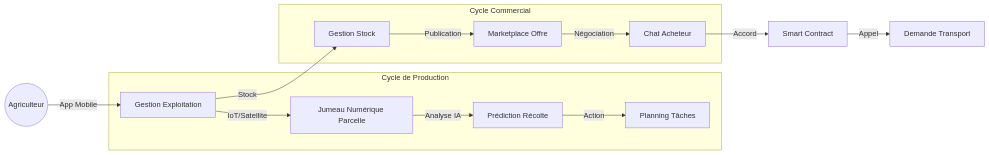
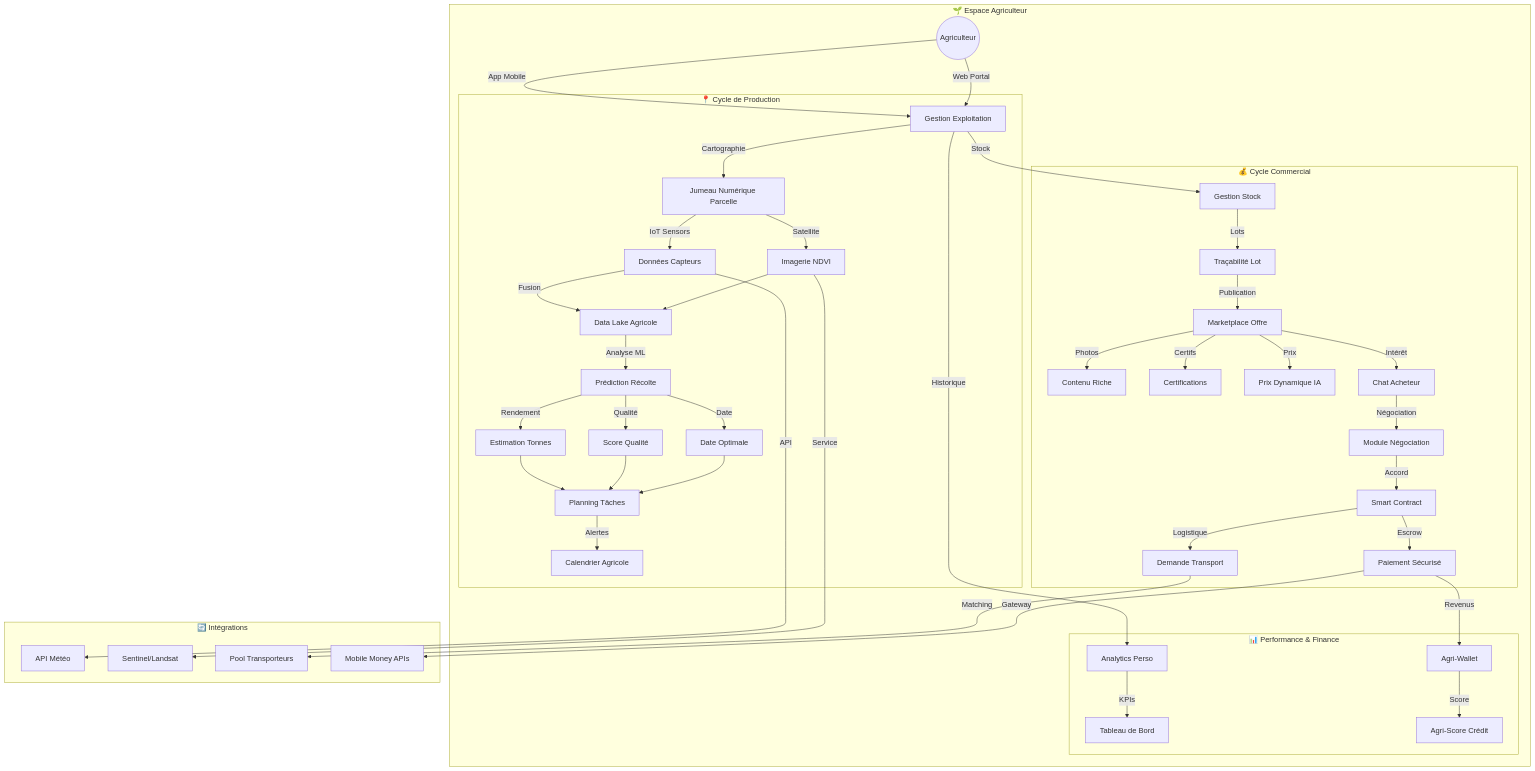
Before and after one commit to Archimed-Anderson/AgriLogistic: the third of 7 diagrams in README.md, drawn with Mermaid. The commit also changed other lines of this file and 14 other files, not shown here.

````diff
--- a/README.md
+++ b/README.md
@@ -73,19 +332,58 @@
 ```mermaid
-graph LR
-    Farmer((Agriculteur)) -->|App Mobile| Farm[Gestion Exploitation]
-    
-    subgraph "Cycle de Production"
-        Farm -->|IoT/Satellite| DigitalTwin[Jumeau Numérique Parcelle]
-        DigitalTwin -->|Analyse IA| Prediction[Prédiction Récolte]
-        Prediction -->|Action| Task[Planning Tâches]
+graph TD
+    subgraph "🌱 Espace Agriculteur"
+        Farmer((Agriculteur)) -->|App Mobile| Farm[Gestion Exploitation]
+        Farmer -->|Web Portal| Farm
+
+        subgraph "📍 Cycle de Production"
+            Farm -->|Cartographie| DigitalTwin[Jumeau Numérique Parcelle]
+            DigitalTwin -->|IoT Sensors| IoTData[Données Capteurs]
+            DigitalTwin -->|Satellite| Imagery[Imagerie NDVI]
+
+            IoTData -->|Fusion| DataFusion[Data Lake Agricole]
+            Imagery --> DataFusion
+
+            DataFusion -->|Analyse ML| Prediction[Prédiction Récolte]
+            Prediction -->|Rendement| YieldEst[Estimation Tonnes]
+            Prediction -->|Qualité| QualityEst[Score Qualité]
+            Prediction -->|Date| HarvestOpt[Date Optimale]
+
+            YieldEst --> Task[Planning Tâches]
+            QualityEst --> Task
+            HarvestOpt --> Task
+
+            Task -->|Alertes| Calendar[Calendrier Agricole]
+        end
+
+        subgraph "💰 Cycle Commercial"
+            Farm -->|Stock| Inventory[Gestion Stock]
+            Inventory -->|Lots| BatchTracking[Traçabilité Lot]
+
+            BatchTracking -->|Publication| Market[Marketplace Offre]
+            Market -->|Photos| RichMedia[Contenu Riche]
+            Market -->|Certifs| Certifications[Certifications]
+            Market -->|Prix| DynamicPricing[Prix Dynamique IA]
+
+            Market -->|Intérêt| Chat[Chat Acheteur]
+            Chat -->|Négociation| Negotiation[Module Négociation]
+            Negotiation -->|Accord| Contract[Smart Contract]
+
+            Contract -->|Escrow| Payment[Paiement Sécurisé]
+            Contract -->|Logistique| Logistics[Demande Transport]
+        end
+
+        subgraph "📊 Performance & Finance"
+            Farm -->|Historique| Analytics[Analytics Perso]
+            Analytics -->|KPIs| Dashboard[Tableau de Bord]
+            Payment -->|Revenus| Wallet[Agri-Wallet]
+            Wallet -->|Score| CreditScore[Agri-Score Crédit]
+        end
     end
-    
-    subgraph "Cycle Commercial"
-        Farm -->|Stock| Inventory[Gestion Stock]
-        Inventory -->|Publication| Market[Marketplace Offre]
-        Market -->|Négociation| Chat[Chat Acheteur]
+
+    subgraph "🔄 Intégrations"
+        IoTData -->|API| WeatherAPI[API Météo]
+        Imagery -->|Service| Satellite[Sentinel/Landsat]
+        Logistics -->|Matching| TransportPool[Pool Transporteurs]
+        Payment -->|Gateway| MobileMoney[Mobile Money APIs]
     end
-    
-    Chat -->|Accord| Contract[Smart Contract]
-    Contract -->|Appel| Logistics[Demande Transport]
 ```
````
